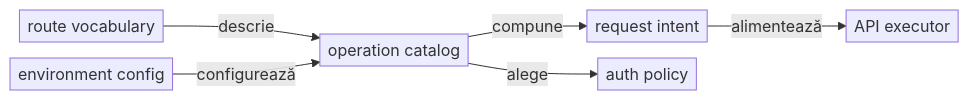
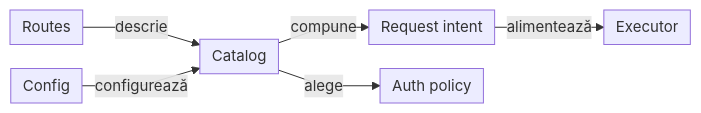
The sixth of 11 diagrams in docs/ATF_Architecture.md (crististefanita/atf_j0), drawn with Mermaid before and after one commit. The commit also changed other lines of this file and 97 other files, not shown here.

````diff
--- a/docs/ATF_Architecture.md
+++ b/docs/ATF_Architecture.md
@@ -420,9 +463,9 @@
 ```mermaid
-%%{init: {"themeVariables": {"fontSize": "16px"}, "themeCSS": ".edgeLabel p { font-size: 13px; line-height: 1.1; margin: 0; padding: 0 2px; }", "flowchart": {"nodeSpacing": 16, "rankSpacing": 48, "padding": 4}}}%%
+%%{init: {"themeVariables":{"fontSize":"15px"},"themeCSS":".nodeLabel, .nodeLabel p { font-size: 15px !important; line-height: 1.35 !important; } .edgeLabel, .edgeLabel p { font-size: 12px !important; font-weight: 400 !important; line-height: 1.2 !important; } .edgeLabel .labelBkg, .edgeLabel p { background: transparent !important; } .edgeLabel foreignObject { transform: translateY(-18px); overflow: visible; } .node rect { rx: 6px; ry: 6px; }","flowchart":{"curve":"linear","nodeSpacing":24,"rankSpacing":24,"padding":6,"diagramPadding":20}}}%%
 flowchart LR
-    Paths["route vocabulary"] -->|descrie| Catalog["operation catalog"]
-    Config["environment config"] -->|configurează| Catalog
-    Catalog -->|compune| Operation["request intent"]
-    Catalog -->|alege| Auth["auth policy"]
-    Operation -->|alimentează| Executor["API executor"]
+    Paths["Routes"] -->|descrie| Catalog["Catalog"]
+    Config["Config"] -->|configurează| Catalog
+    Catalog -->|compune| Operation["Request intent"]
+    Catalog -->|alege| Auth["Auth policy"]
+    Operation -->|alimentează| Executor["Executor"]
 ```
````
